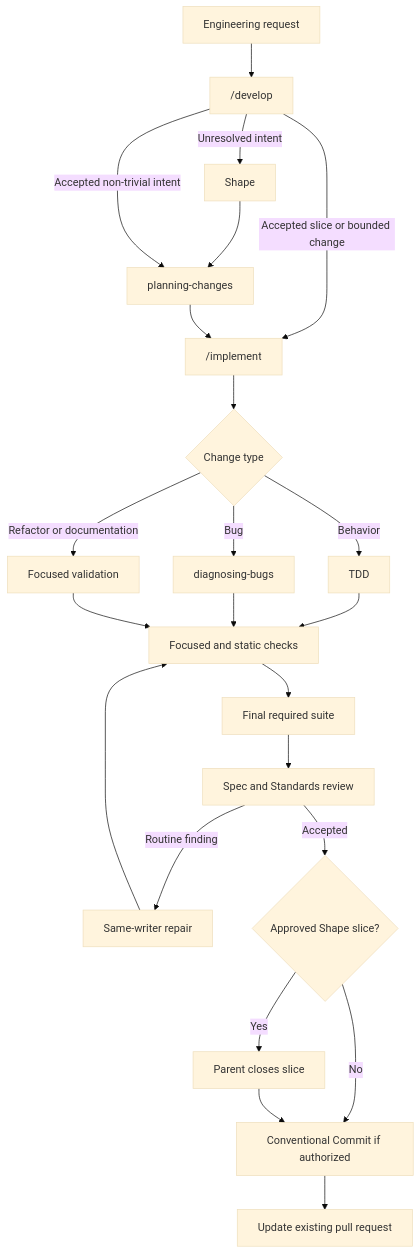
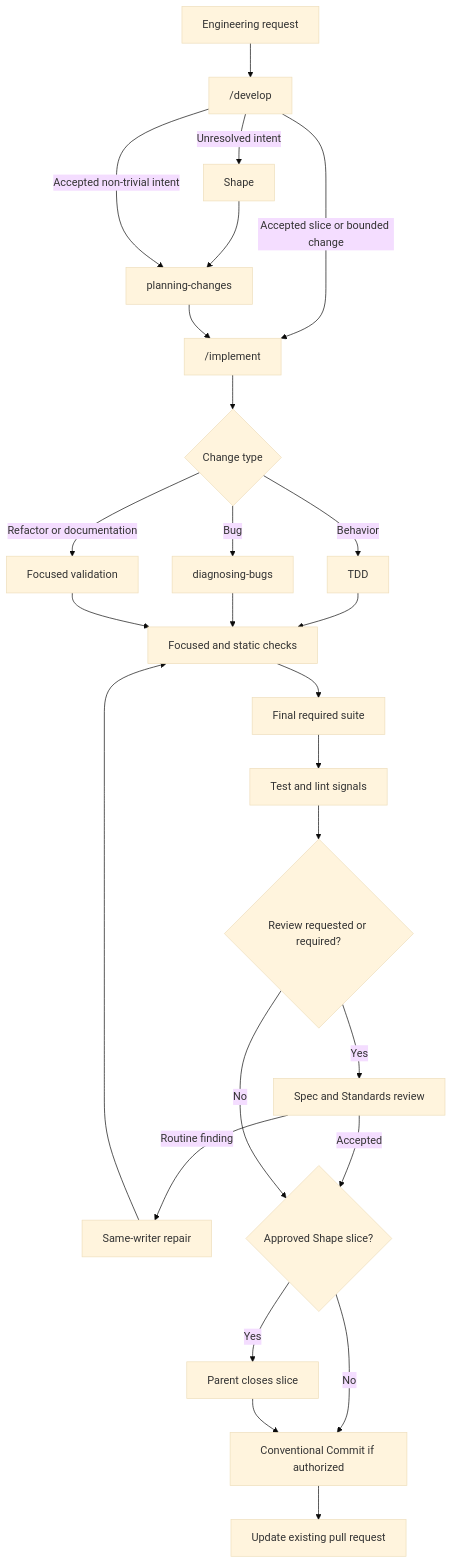
One commit to mopeyjellyfish/pi-extensions changed the diagram in packages/engineering/README.md. Above: the diagram before and after it, drawn with Mermaid (base theme). The commit also changed other lines of this file and 4 other files, not shown here.

````diff
--- a/packages/engineering/README.md
+++ b/packages/engineering/README.md
@@ -43,25 +42,28 @@
 ```mermaid
 flowchart TD
     Request[Engineering request] --> Develop["/develop"]
     Develop -->|Unresolved intent| Shape[Shape]
     Shape --> Plan[planning-changes]
     Develop -->|Accepted non-trivial intent| Plan
     Develop -->|Accepted slice or bounded change| Implement["/implement"]
     Plan --> Implement
     Implement --> Method{Change type}
     Method -->|Behavior| TDD[TDD]
     Method -->|Bug| Diagnose[diagnosing-bugs]
     Method -->|Refactor or documentation| Validate[Focused validation]
     TDD --> Checks[Focused and static checks]
     Diagnose --> Checks
     Validate --> Checks
     Checks --> Suite[Final required suite]
-    Suite --> Review[Spec and Standards review]
+    Suite --> Signals[Test and lint signals]
+    Signals --> ReviewGate{Review requested or required?}
+    ReviewGate -->|Yes| Review[Spec and Standards review]
     Review -->|Routine finding| Repair[Same-writer repair]
     Repair --> Checks
     Review -->|Accepted| Closure{Approved Shape slice?}
+    ReviewGate -->|No| Closure
     Closure -->|Yes| Close[Parent closes slice]
     Closure -->|No| Commit[Conventional Commit if authorized]
     Close --> Commit
     Commit --> PR[Update existing pull request]
 ```
````
